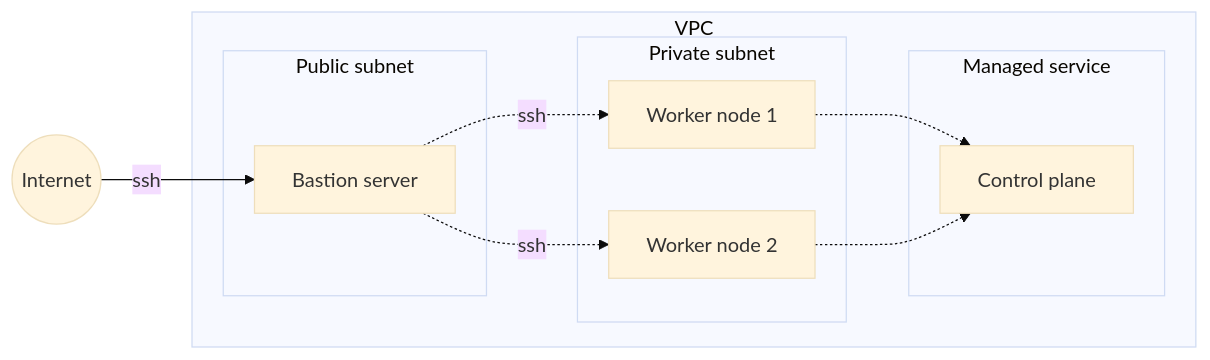
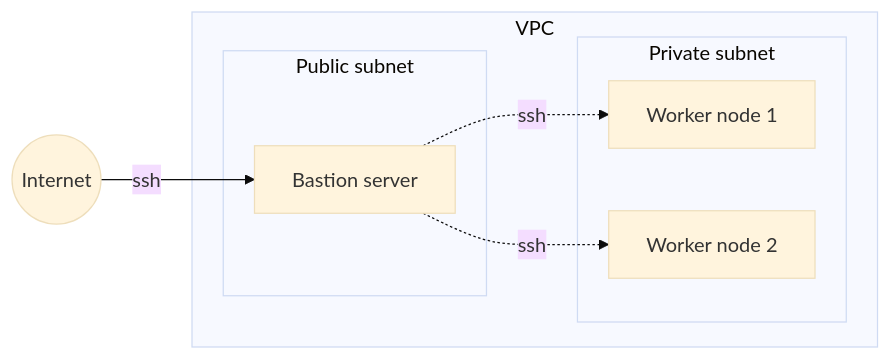
The first of 7 diagrams in 2023-11-07-securing-environment-access.md (andykuszyk/andykuszyk.github.io), drawn with Mermaid (base theme) before and after one commit. The commit also changed other lines of this file, not shown here.

````diff
--- a/2023-11-07-securing-environment-access.md
+++ b/2023-11-07-securing-environment-access.md
@@ -31,21 +35,16 @@
 ```mermaid
 flowchart LR
   subgraph vpc[VPC]
     subgraph private[Private subnet]
 	  ec21[Worker node 1]
 	  ec22[Worker node 2]
 	end
 	subgraph public[Public subnet]
 		bastion[Bastion server]
 	end
-	subgraph managed[Managed service]
-	   ctrl[Control plane]
-	end
   end
   internet((Internet))
   internet-->|ssh|bastion
   bastion-.->|ssh|ec21
   bastion-.->|ssh|ec22
-  ec21-.->ctrl
-  ec22-.->ctrl
 ```
````
